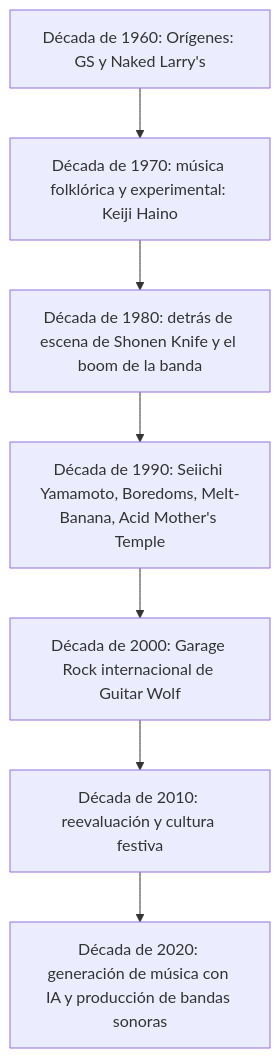
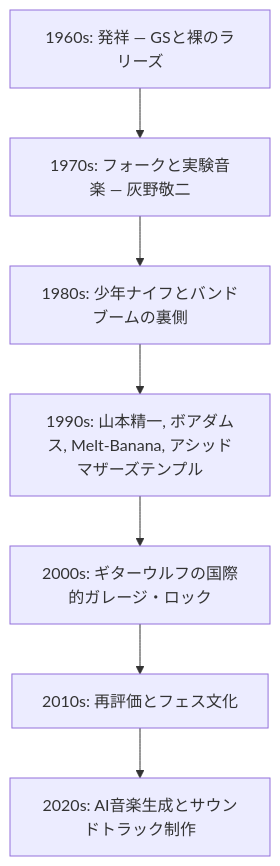
One commit to monumental-movement/monumental-movement.github.io changed the diagram in es/_posts/2025-09-25-Column-Japanese-Mainstream-Underground-Rock.md. Above: the diagram before and after it, drawn with Mermaid. The commit also changed other lines of this file and 299 other files, not shown here.

```diff
--- a/es/_posts/2025-09-25-Column-Japanese-Mainstream-Underground-Rock.md
+++ b/es/_posts/2025-09-25-Column-Japanese-Mainstream-Underground-Rock.md
@@ -88,9 +88,9 @@
 <div class="mermaid">
 flowchart TD
-    A["Década de 1960: Orígenes: GS y Naked Larry's"] --> B["Década de 1970: música folklórica y experimental: Keiji Haino"]
-    B --> C["Década de 1980: detrás de escena de Shonen Knife y el boom de la banda"]
-    C --> D["Década de 1990: Seiichi Yamamoto, Boredoms, Melt-Banana, Acid Mother's Temple"]
-    D --> E["Década de 2000: Garage Rock internacional de Guitar Wolf"]
-    E --> F["Década de 2010: reevaluación y cultura festiva"]
-    F --> G["Década de 2020: generación de música con IA y producción de bandas sonoras"]
+    A["1960s: 発祥 — GSと裸のラリーズ"] --> B["1970s: フォークと実験音楽 — 灰野敬二"]
+    B --> C["1980s: 少年ナイフとバンドブームの裏側"]
+    C --> D["1990s: 山本精一, ボアダムス, Melt-Banana, アシッドマザーズテンプル"]
+    D --> E["2000s: ギターウルフの国際的ガレージ・ロック"]
+    E --> F["2010s: 再評価とフェス文化"]
+    F --> G["2020s: AI音楽生成とサウンドトラック制作"]
 </div>
```
